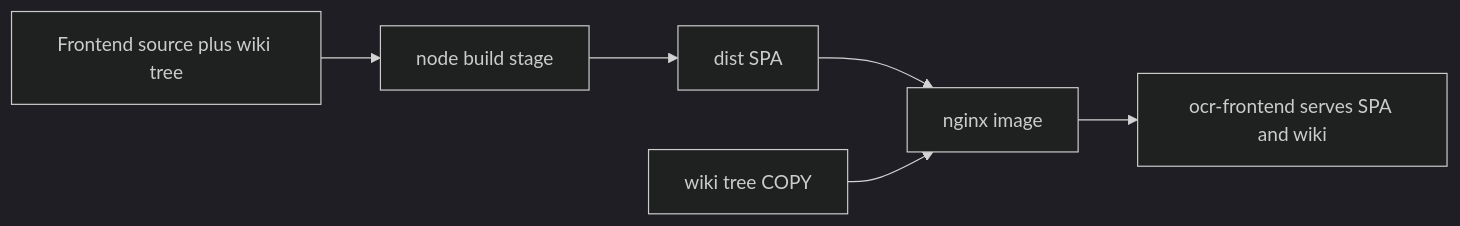
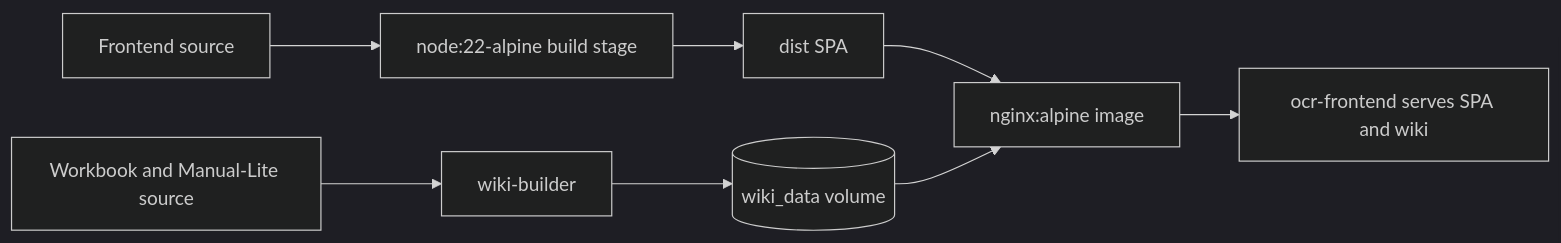
One commit to RobChaykoski/opencyberrange changed the fifth of 6 diagrams in Manual-Lite/00_Server_Deployment/06_Architecture.md. Above: the diagram before and after it, drawn with Mermaid (dark theme). The commit also changed other lines of this file and 13 other files, not shown here.

````diff
--- a/Manual-Lite/00_Server_Deployment/06_Architecture.md
+++ b/Manual-Lite/00_Server_Deployment/06_Architecture.md
@@ -105,8 +108,10 @@
 ```mermaid
 flowchart LR
-    Src[Frontend source plus wiki tree] --> Node[node build stage]
+    Src[Frontend source] --> Node[node:22-alpine build stage]
     Node --> Dist[dist SPA]
-    Dist --> Nginx[nginx image]
-    Wiki[wiki tree COPY] --> Nginx
+    Dist --> Nginx[nginx:alpine image]
+    Docs[Workbook and Manual-Lite source] --> Builder[wiki-builder]
+    Builder --> Volume[(wiki_data volume)]
+    Volume --> Nginx
     Nginx --> FE[ocr-frontend serves SPA and wiki]
 ```
````
